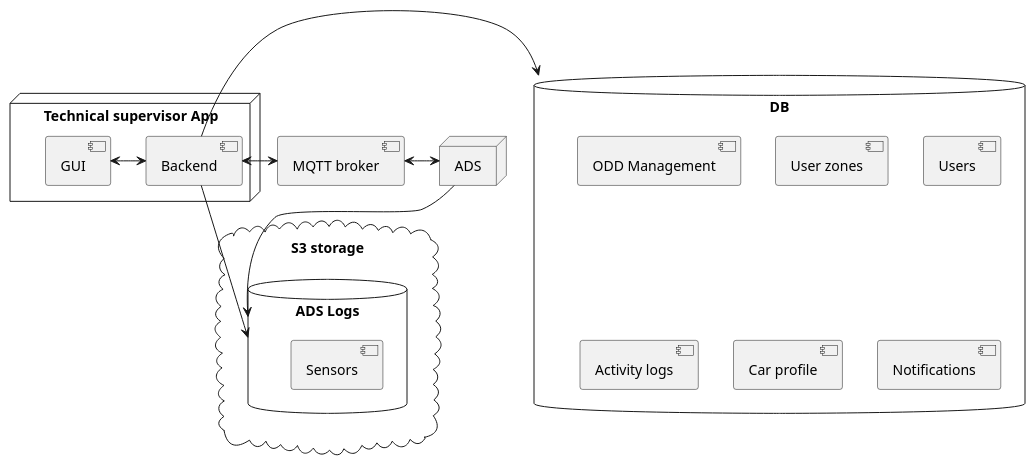
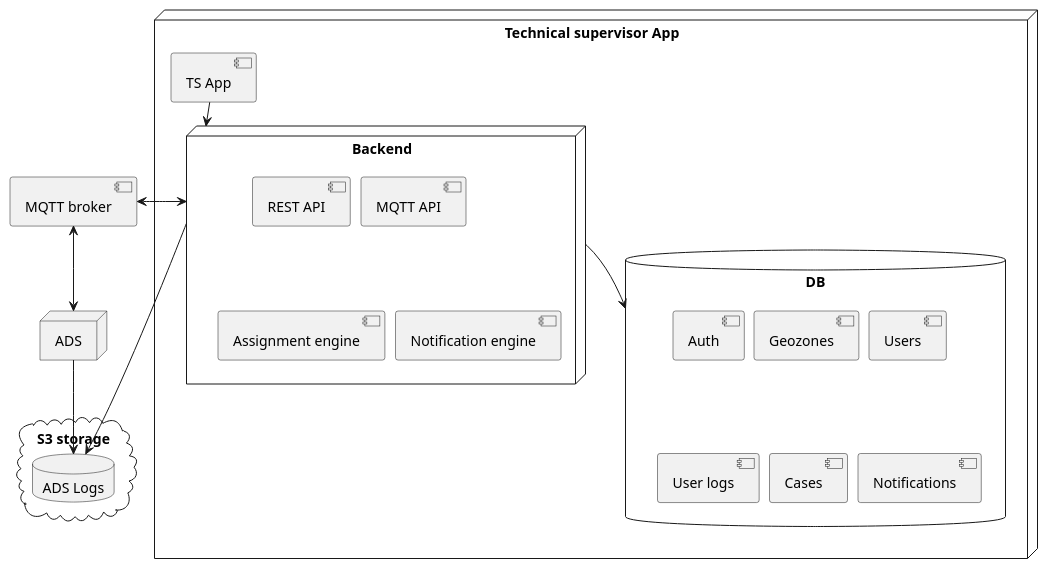
The diagram in technical_supervisor/architecture.pu (bruno-motorai/uml), drawn with PlantUML before and after one commit.

Commit message:
Update global architecture diagram

```diff
--- a/technical_supervisor/architecture.pu
+++ b/technical_supervisor/architecture.pu
@@ -1,33 +1,44 @@
 @startuml
+skinparam nodesep 10
+skinparam ranksep 5
+' skinparam BoxPadding 1
 
-database "DB" as db {
-    component "ODD Management"
-    component "User zones"
-    component "Users"
-    component "Activity logs"
-    component "Car profile"
-    component "Notifications"
+scale 1.0
+
+node "Technical supervisor App" as ts {
+    component "TS App" as gui
+
+    node "Backend" as backend {
+        component "REST API"
+        component "MQTT API"
+        component "Assignment engine"
+        component "Notification engine"
+    }
+
+    database "DB" as db {
+        component "Auth"
+        component "Geozones"
+        component "Users"
+        component "User logs"
+        component "Cases"
+        component "Notifications"
+    }
 }
 
 node "ADS" as ads
 
-node "Technical supervisor App" as ts {
-    component "GUI" as gui
-    component "Backend" as backend
-}
+component "MQTT broker" as mqtt_broker
 
 cloud "S3 storage" {
     database "ADS Logs" as ads_db {
-        component "Sensors"
+        ' component "Sensors"
     } 
 }
 
-component "MQTT broker" as mqtt_broker
-
-backend -r-> db
-backend <-> mqtt_broker
-ads --> ads_db 
-mqtt_broker <-> ads
+backend --> db
+ads -down-> ads_db
+ads <-up-> mqtt_broker
+mqtt_broker <--left-> backend
 backend -> ads_db
-gui <-> backend
+gui -down-> backend
 @enduml
```
